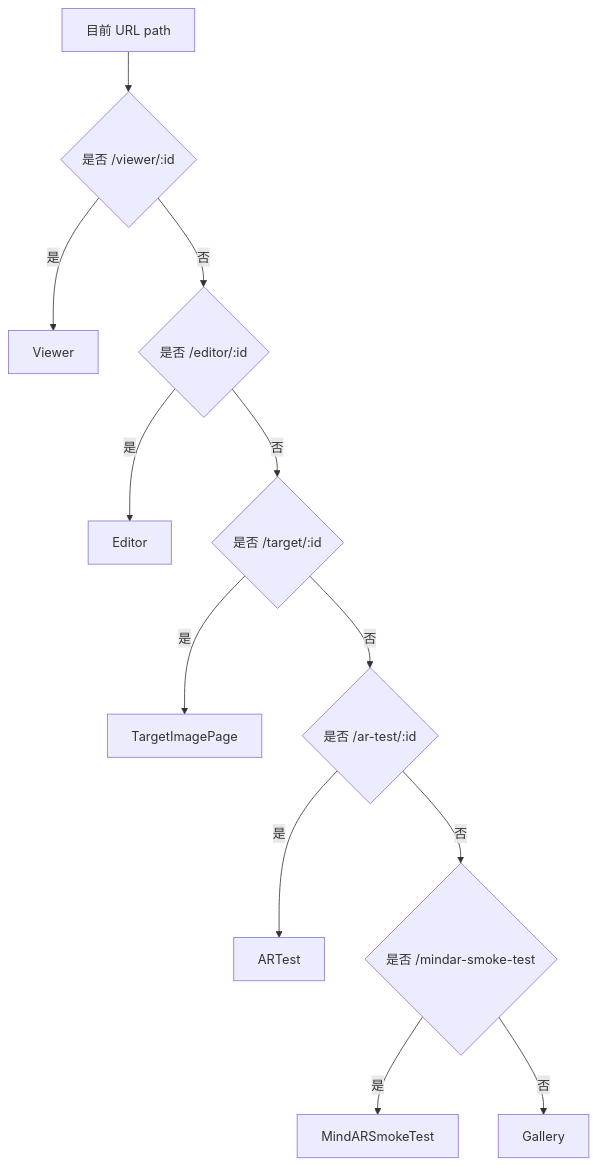
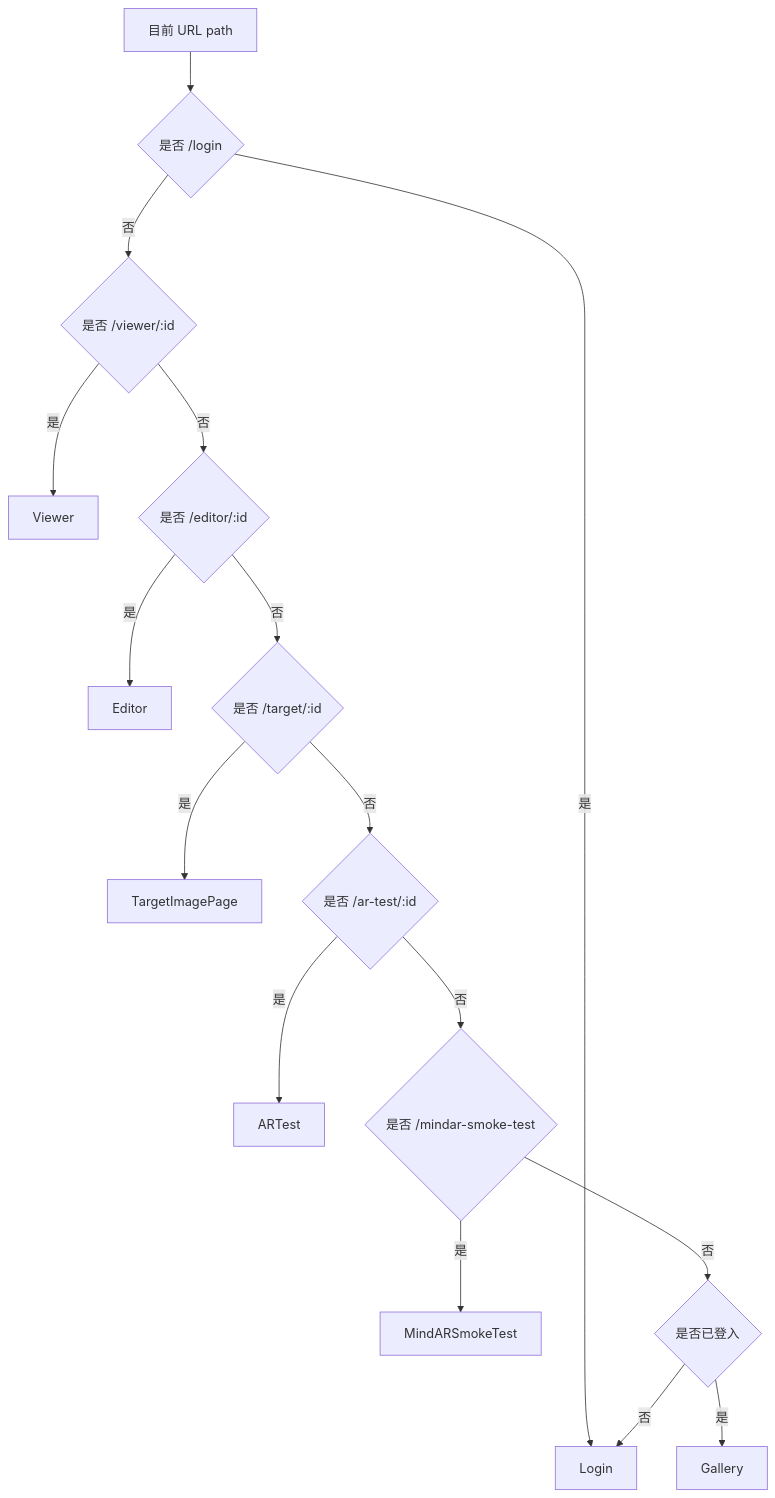
One commit to bang287/-ar-app- changed the second of 11 diagrams in docs/HOW_IT_WORKS.md. Above: the diagram before and after it, drawn with Mermaid. The commit also changed other lines of this file and 11 other files, not shown here.

````diff
--- a/docs/HOW_IT_WORKS.md
+++ b/docs/HOW_IT_WORKS.md
@@ -37,14 +37,18 @@
 ```mermaid
 flowchart TD
-  Path["目前 URL path"] --> IsViewer{"是否 /viewer/:id"}
+  Path["目前 URL path"] --> IsLogin{"是否 /login"}
+  IsLogin -->|是| Login["Login"]
+  IsLogin -->|否| IsViewer{"是否 /viewer/:id"}
   IsViewer -->|是| Viewer["Viewer"]
   IsViewer -->|否| IsEditor{"是否 /editor/:id"}
   IsEditor -->|是| Editor["Editor"]
   IsEditor -->|否| IsTarget{"是否 /target/:id"}
   IsTarget -->|是| Target["TargetImagePage"]
   IsTarget -->|否| IsARTest{"是否 /ar-test/:id"}
   IsARTest -->|是| ARTest["ARTest"]
   IsARTest -->|否| IsSmoke{"是否 /mindar-smoke-test"}
   IsSmoke -->|是| Smoke["MindARSmokeTest"]
-  IsSmoke -->|否| Gallery["Gallery"]
+  IsSmoke -->|否| Guard{"是否已登入"}
+  Guard -->|是| Gallery["Gallery"]
+  Guard -->|否| Login
 ```
````
